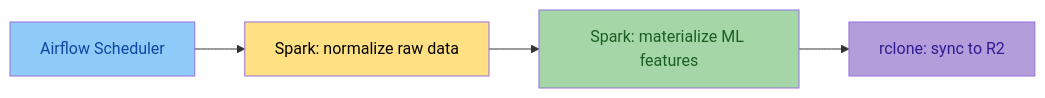
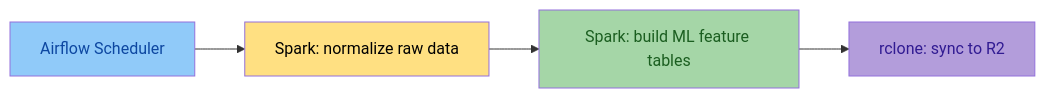
The second of 4 diagrams in docs/architecture/data-flow.md (straightchlorine/quantum-pipeline), drawn with Mermaid before and after one commit. The commit also changed other lines of this file and 64 other files, not shown here.

````diff
--- a/docs/architecture/data-flow.md
+++ b/docs/architecture/data-flow.md
@@ -115,11 +115,11 @@
 ```mermaid
 graph LR
     SCHEDULE[Airflow Scheduler] --> SPARK1[Spark: normalize raw data]
-    SPARK1 --> SPARK2[Spark: materialize ML features]
+    SPARK1 --> SPARK2[Spark: build ML feature tables]
     SPARK2 --> SYNC[rclone: sync to R2]
 
     style SCHEDULE fill:#90caf9,color:#0d47a1
     style SPARK1 fill:#ffe082,color:#000
     style SPARK2 fill:#a5d6a7,color:#1b5e20
     style SYNC fill:#b39ddb,color:#311b92
 ```
````
